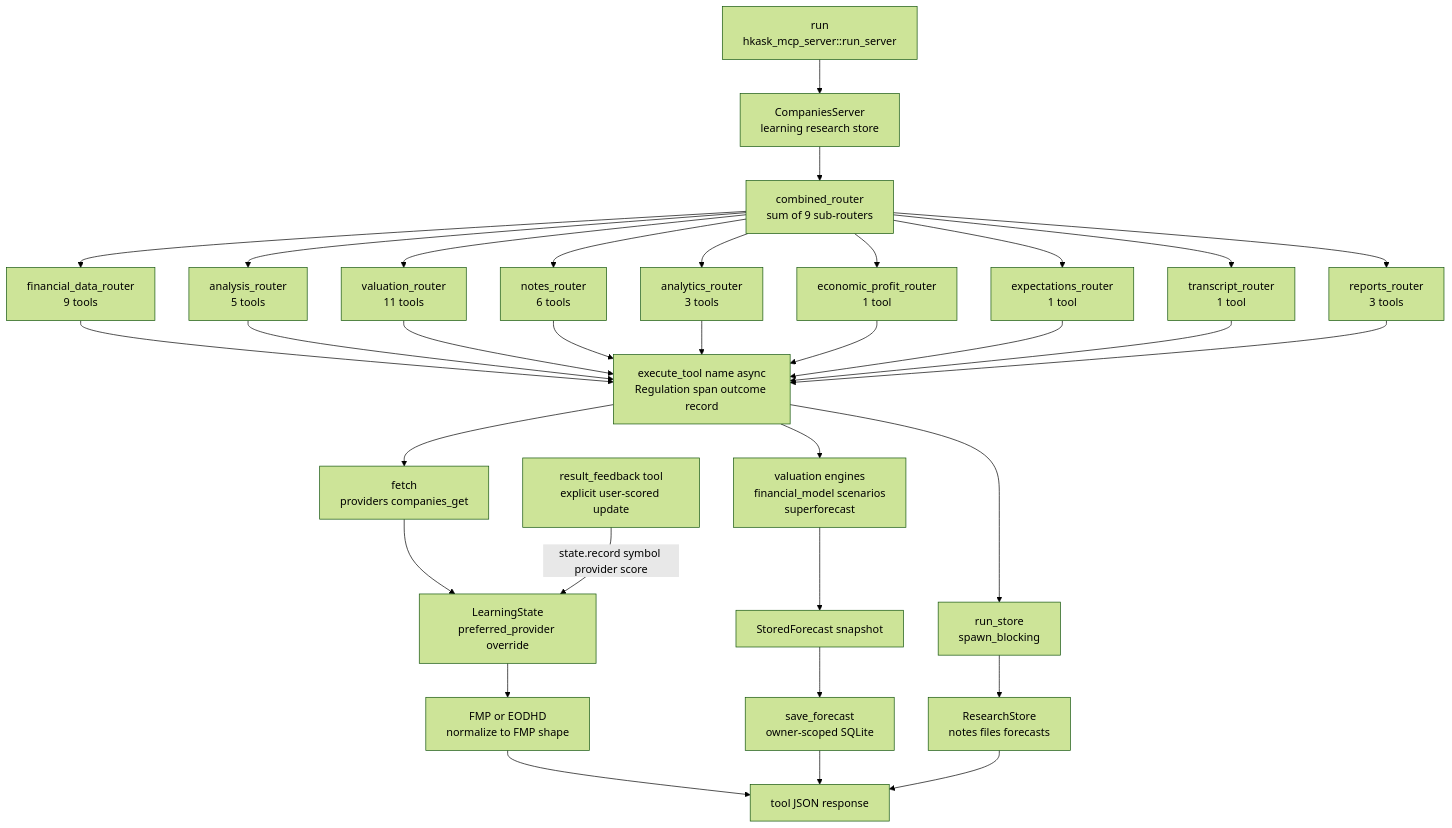
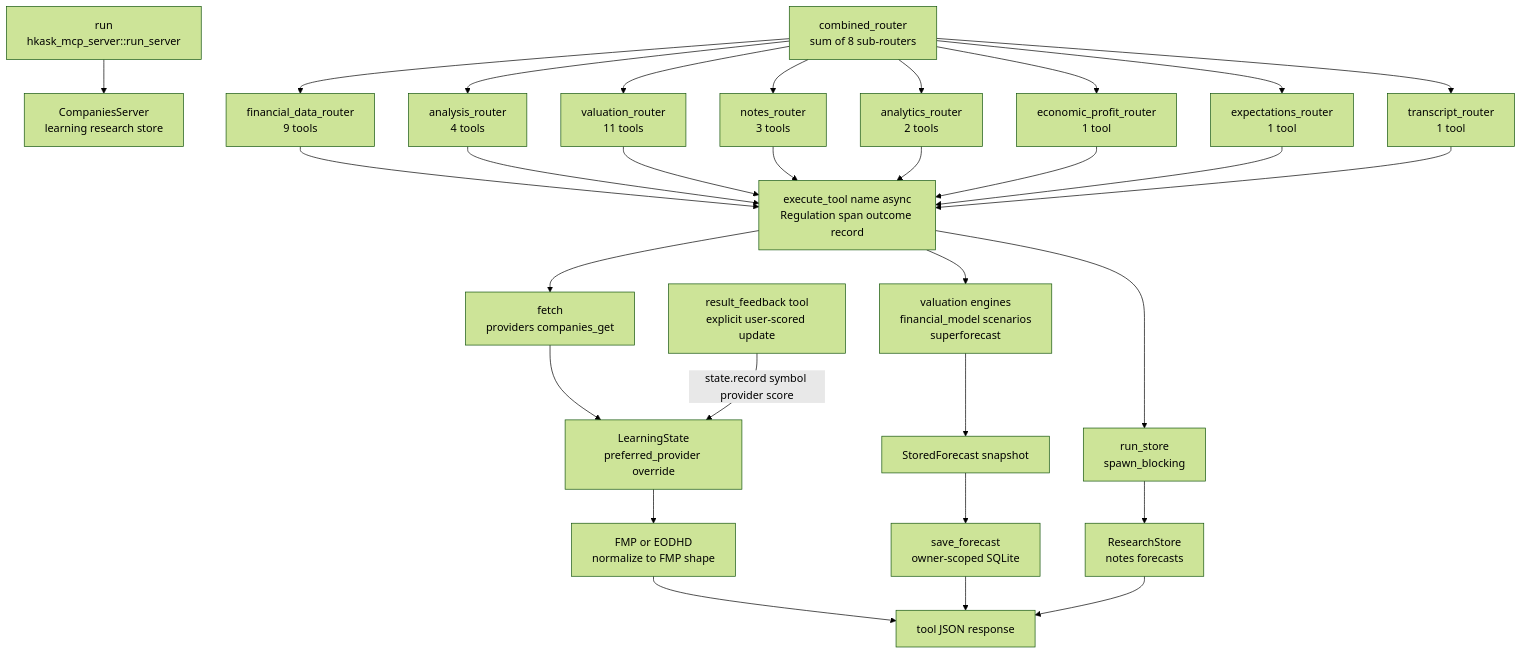
One commit to mdz-axo/zed-kask changed the second of 2 diagrams in kask/docs/reference/mcp-servers/companies.md. Above: the diagram before and after it, drawn with Mermaid (forest theme). The commit also changed other lines of this file and 35 other files, not shown here.

First line of the commit message:
Delete the screening, reports, files, and 2x2 scenario tools from the companies server

````diff
--- a/kask/docs/reference/mcp-servers/companies.md
+++ b/kask/docs/reference/mcp-servers/companies.md
@@ -99,37 +99,35 @@
 ```mermaid
 flowchart TD
     Boot["run<br/>hkask_mcp_server::run_server"]
     Boot --> Srv["CompaniesServer<br/>learning research store"]
-    Srv --> Comb["combined_router<br/>sum of 9 sub-routers"]
+    Comb["combined_router<br/>sum of 8 sub-routers"]
     Comb --> R1["financial_data_router<br/>9 tools"]
-    Comb --> R2["analysis_router<br/>5 tools"]
+    Comb --> R2["analysis_router<br/>4 tools"]
     Comb --> R3["valuation_router<br/>11 tools"]
-    Comb --> R4["notes_router<br/>6 tools"]
-    Comb --> R5["analytics_router<br/>3 tools"]
+    Comb --> R4["notes_router<br/>3 tools"]
+    Comb --> R5["analytics_router<br/>2 tools"]
     Comb --> R6["economic_profit_router<br/>1 tool"]
     Comb --> R7["expectations_router<br/>1 tool"]
     Comb --> R8["transcript_router<br/>1 tool"]
-    Comb --> R9["reports_router<br/>3 tools"]
     R1 --> Seam["execute_tool name async<br/>Regulation span outcome record"]
     R2 --> Seam
     R3 --> Seam
     R4 --> Seam
     R5 --> Seam
     R6 --> Seam
     R7 --> Seam
     R8 --> Seam
-    R9 --> Seam
     Seam --> SinkA["fetch<br/>providers companies_get"]
     Seam --> SinkB["valuation engines<br/>financial_model scenarios<br/>superforecast"]
     Seam --> SinkC["run_store<br/>spawn_blocking"]
     SinkA --> Learn["LearningState<br/>preferred_provider override"]
     Learn --> FmpEod["FMP or EODHD<br/>normalize to FMP shape"]
     FmpEod --> Out["tool JSON response"]
     SinkB --> Stored["StoredForecast snapshot"]
     Stored --> Persist["save_forecast<br/>owner-scoped SQLite"]
-    SinkC --> Ledger["ResearchStore<br/>notes files forecasts"]
+    SinkC --> Ledger["ResearchStore<br/>notes forecasts"]
     Persist --> Out
     Feedback["result_feedback tool<br/>explicit user-scored update"]
     Feedback -->|"state.record symbol provider score"| Learn
     Ledger --> Out
 ```
````
